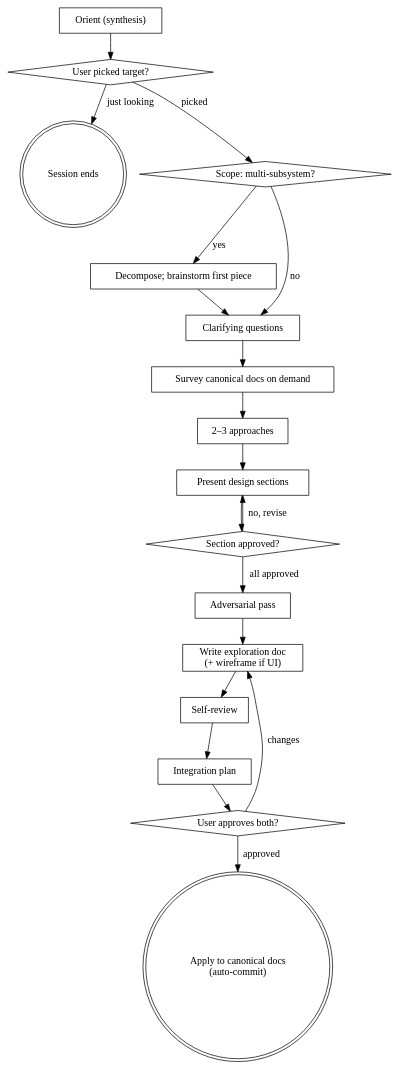
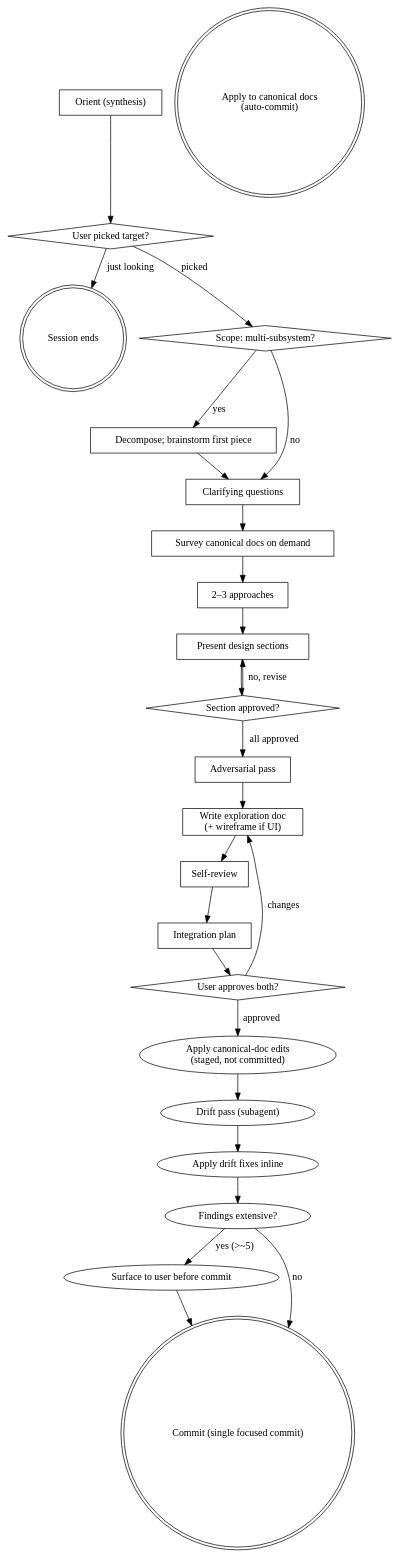
Before and after one commit to AventurasTeam/Aventuras: the diagram in .claude/skills/aventuras-design/SKILL.md, drawn with Graphviz. The commit also changed other lines of this file, not shown here.

````diff
--- a/.claude/skills/aventuras-design/SKILL.md
+++ b/.claude/skills/aventuras-design/SKILL.md
@@ -41,39 +43,46 @@
 ```dot
 digraph design_flow {
   "Orient (synthesis)" [shape=box];
   "User picked target?" [shape=diamond];
   "Session ends" [shape=doublecircle];
   "Scope: multi-subsystem?" [shape=diamond];
   "Decompose; brainstorm first piece" [shape=box];
   "Clarifying questions" [shape=box];
   "Survey canonical docs on demand" [shape=box];
   "2–3 approaches" [shape=box];
   "Present design sections" [shape=box];
   "Section approved?" [shape=diamond];
   "Adversarial pass" [shape=box];
   "Write exploration doc\n(+ wireframe if UI)" [shape=box];
   "Self-review" [shape=box];
   "Integration plan" [shape=box];
   "User approves both?" [shape=diamond];
   "Apply to canonical docs\n(auto-commit)" [shape=doublecircle];
 
   "Orient (synthesis)" -> "User picked target?";
   "User picked target?" -> "Session ends" [label="just looking"];
   "User picked target?" -> "Scope: multi-subsystem?" [label="picked"];
   "Scope: multi-subsystem?" -> "Decompose; brainstorm first piece" [label="yes"];
   "Scope: multi-subsystem?" -> "Clarifying questions" [label="no"];
   "Decompose; brainstorm first piece" -> "Clarifying questions";
   "Clarifying questions" -> "Survey canonical docs on demand";
   "Survey canonical docs on demand" -> "2–3 approaches";
   "2–3 approaches" -> "Present design sections";
   "Present design sections" -> "Section approved?";
   "Section approved?" -> "Present design sections" [label="no, revise"];
   "Section approved?" -> "Adversarial pass" [label="all approved"];
   "Adversarial pass" -> "Write exploration doc\n(+ wireframe if UI)";
   "Write exploration doc\n(+ wireframe if UI)" -> "Self-review";
   "Self-review" -> "Integration plan";
   "Integration plan" -> "User approves both?";
   "User approves both?" -> "Write exploration doc\n(+ wireframe if UI)" [label="changes"];
-  "User approves both?" -> "Apply to canonical docs\n(auto-commit)" [label="approved"];
+  "User approves both?" -> "Apply canonical-doc edits\n(staged, not committed)" [label="approved"];
+  "Apply canonical-doc edits\n(staged, not committed)" -> "Drift pass (subagent)";
+  "Drift pass (subagent)" -> "Apply drift fixes inline";
+  "Apply drift fixes inline" -> "Findings extensive?" [shape=diamond];
+  "Findings extensive?" -> "Surface to user before commit" [label="yes (>~5)"];
+  "Findings extensive?" -> "Commit (single focused commit)" [label="no"];
+  "Surface to user before commit" -> "Commit (single focused commit)";
+  "Commit (single focused commit)" [shape=doublecircle];
 }
 ```
````
